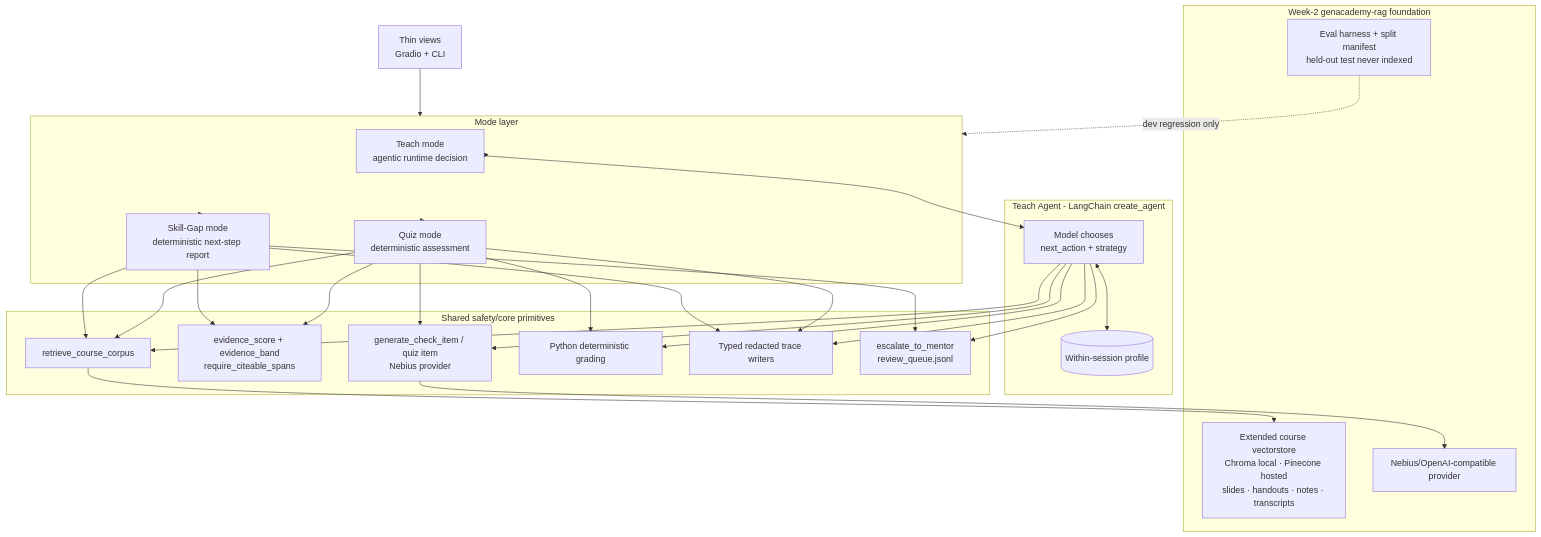
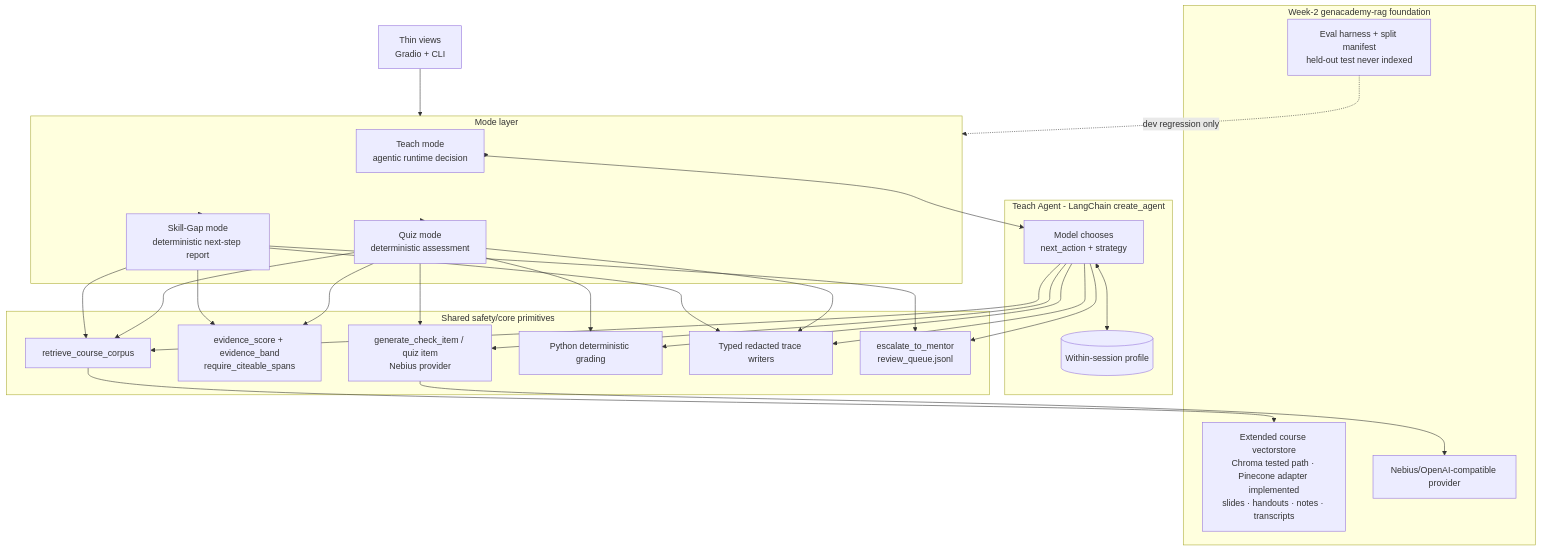
One commit to manjunath84/genacademy-coach changed the third of 12 diagrams in docs/architecture-diagrams.md. Above: the diagram before and after it, drawn with Mermaid. The commit also changed other lines of this file and 5 other files, not shown here.

````diff
--- a/docs/architecture-diagrams.md
+++ b/docs/architecture-diagrams.md
@@ -75,58 +129,58 @@
 ```mermaid
 flowchart TD
     UI["Thin views\nGradio + CLI"]
 
     subgraph Modes["Mode layer"]
         TeachMode["Teach mode\nagentic runtime decision"]
         QuizMode["Quiz mode\ndeterministic assessment"]
         SkillGapMode["Skill-Gap mode\ndeterministic next-step report"]
     end
 
     subgraph Agent["Teach Agent - LangChain create_agent"]
         Reason["Model chooses\nnext_action + strategy"]
         Profile[("Within-session profile")]
     end
 
     subgraph SharedCore["Shared safety/core primitives"]
         R["retrieve_course_corpus"]
         Ground["evidence_score + evidence_band\nrequire_citeable_spans"]
         Gen["generate_check_item / quiz item\nNebius provider"]
         Grade["Python deterministic grading"]
         Trace["Typed redacted trace writers"]
         Esc["escalate_to_mentor\nreview_queue.jsonl"]
     end
 
     subgraph Foundation["Week-2 genacademy-rag foundation"]
-        Corpus["Extended course vectorstore\nChroma local · Pinecone hosted\nslides · handouts · notes · transcripts"]
+        Corpus["Extended course vectorstore\nChroma tested path · Pinecone adapter implemented\nslides · handouts · notes · transcripts"]
         Provider["Nebius/OpenAI-compatible provider"]
         Eval["Eval harness + split manifest\nheld-out test never indexed"]
     end
 
     UI --> Modes
     Modes --> TeachMode
     Modes --> QuizMode
     Modes --> SkillGapMode
 
     TeachMode --> Reason
     Reason <--> Profile
     Reason --> R
     Reason --> Gen
     Reason --> Grade
     Reason --> Trace
     Reason --> Esc
 
     QuizMode --> R
     QuizMode --> Ground
     QuizMode --> Gen
     QuizMode --> Grade
     QuizMode --> Trace
 
     SkillGapMode --> Trace
     SkillGapMode --> R
     SkillGapMode --> Ground
     SkillGapMode --> Esc
 
     R --> Corpus
     Gen --> Provider
     Eval -. dev regression only .-> Modes
 ```
````
